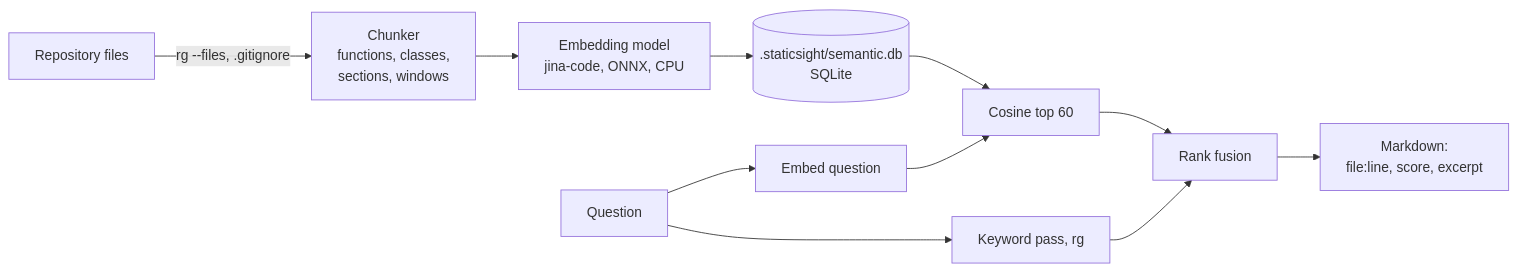
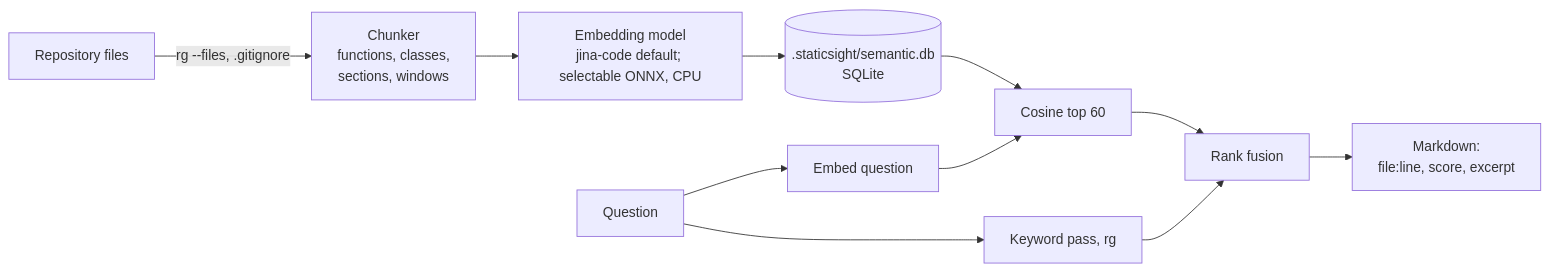
Before and after one commit to rashmirrout/StaticSight: the diagram in docs/semantic-search/README.md, drawn with Mermaid. The commit also changed other lines of this file and 174 other files, not shown here.

Commit message:
Expand code intelligence tools and improve cross-platform reliability 	- Add graph analysis, change planning, and finding verification tools       	- Add embedding model selection and improve Windows path and IPv6 handling 	- Expand documentation, fixtures, and Python/TypeScript parity coverage

````diff
--- a/docs/semantic-search/README.md
+++ b/docs/semantic-search/README.md
@@ -38,13 +38,13 @@
 ```mermaid
 flowchart LR
     A[Repository files] -->|rg --files, .gitignore| B[Chunker<br/>functions, classes,<br/>sections, windows]
-    B --> C[Embedding model<br/>jina-code, ONNX, CPU]
+    B --> C[Embedding model<br/>jina-code default; selectable ONNX, CPU]
     C --> D[(.staticsight/semantic.db<br/>SQLite)]
     Q[Question] --> E[Embed question]
     E --> F[Cosine top 60]
     D --> F
     Q --> G[Keyword pass, rg]
     F --> H[Rank fusion]
     G --> H
     H --> I[Markdown:<br/>file:line, score, excerpt]
 ```
````
